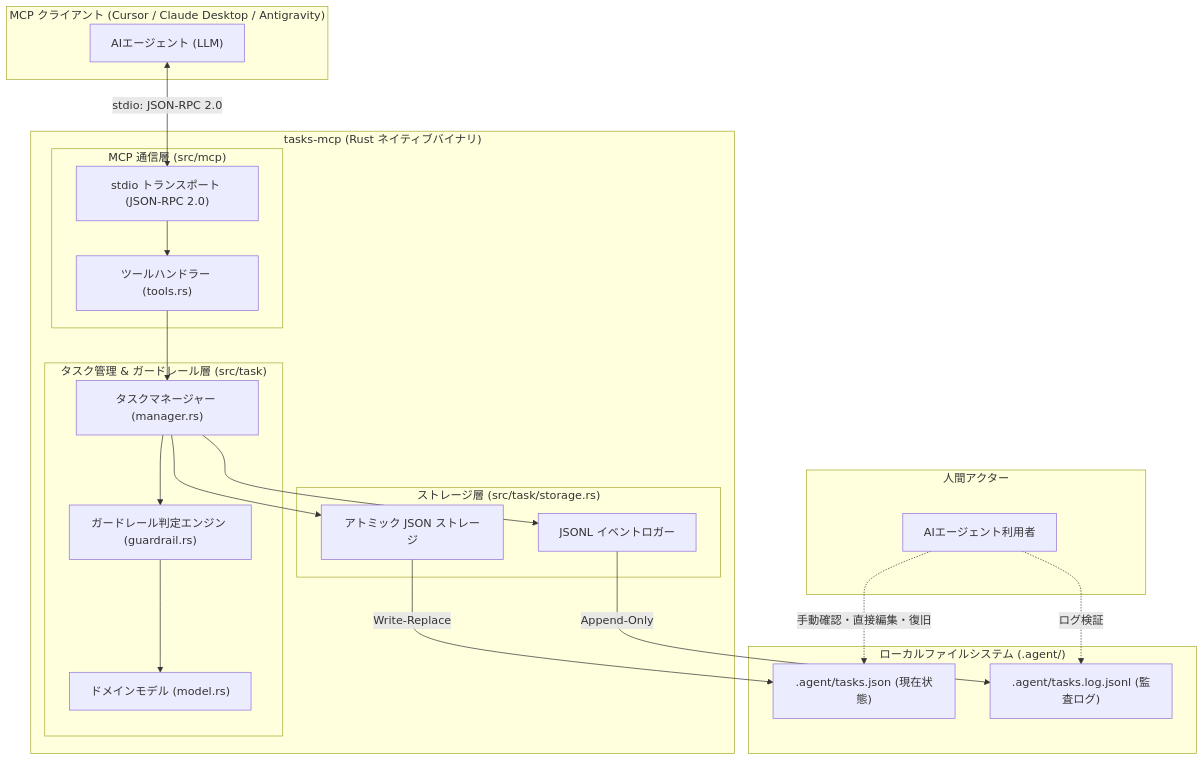
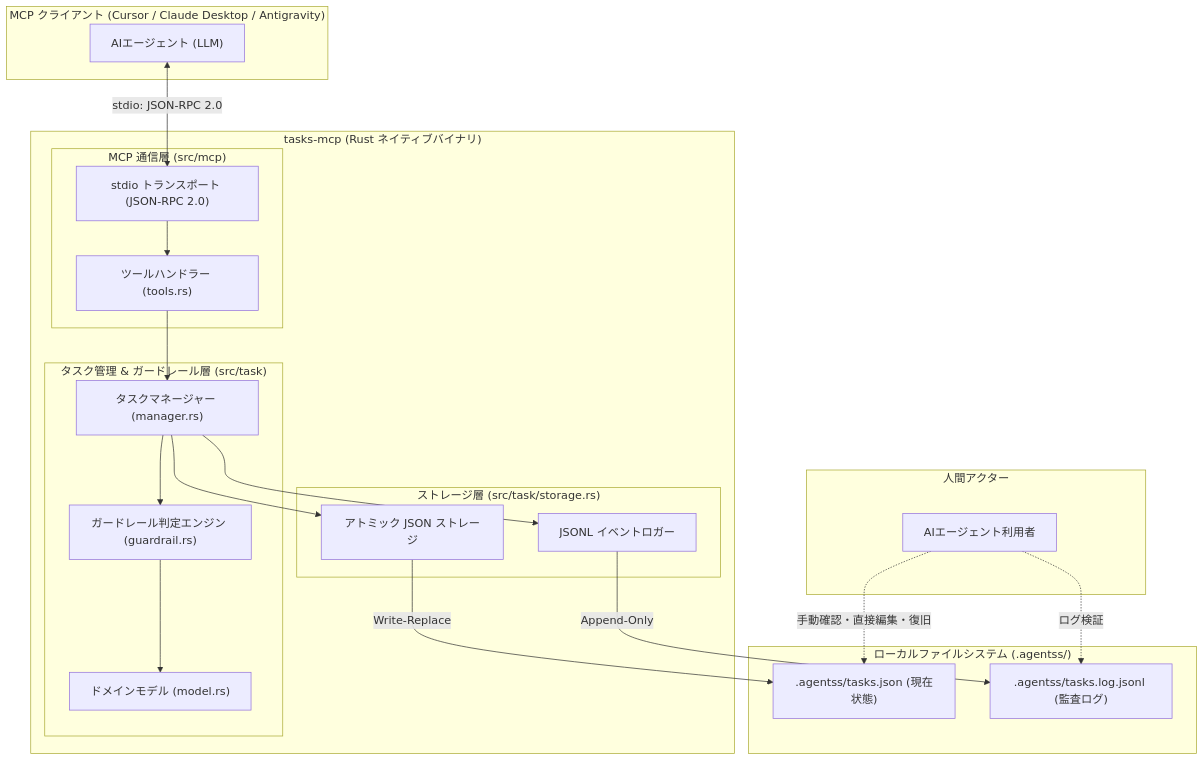
Before and after one commit to snaga/tasks-mcp: the first of 5 diagrams in doc/design.md, drawn with Mermaid. The commit also changed other lines of this file and 7 other files, not shown here.

````diff
--- a/doc/design.md
+++ b/doc/design.md
@@ -161,45 +161,45 @@
 ```mermaid
 graph TD
     subgraph Client["MCP クライアント (Cursor / Claude Desktop / Antigravity)"]
         Agent["AIエージェント (LLM)"]
     end
 
     subgraph Server["tasks-mcp (Rust ネイティブバイナリ)"]
         subgraph McpLayer["MCP 通信層 (src/mcp)"]
             StdioTransport["stdio トランスポート (JSON-RPC 2.0)"]
             ToolsDispatcher["ツールハンドラー (tools.rs)"]
         end
 
         subgraph DomainLayer["タスク管理 & ガードレール層 (src/task)"]
             TaskManager["タスクマネージャー (manager.rs)"]
             GuardrailEngine["ガードレール判定エンジン (guardrail.rs)"]
             TaskModels["ドメインモデル (model.rs)"]
         end
 
         subgraph StorageLayer["ストレージ層 (src/task/storage.rs)"]
             JsonStorage["アトミック JSON ストレージ"]
             JsonlLogger["JSONL イベントロガー"]
         end
     end
 
-    subgraph LocalFS["ローカルファイルシステム (.agent/)"]
-        TasksJson[".agent/tasks.json (現在状態)"]
-        TasksLog[".agent/tasks.log.jsonl (監査ログ)"]
+    subgraph LocalFS["ローカルファイルシステム (.agentss/)"]
+        TasksJson[".agentss/tasks.json (現在状態)"]
+        TasksLog[".agentss/tasks.log.jsonl (監査ログ)"]
     end
 
     subgraph Operator["人間アクター"]
         User["AIエージェント利用者"]
     end
 
     Agent <-->|stdio: JSON-RPC 2.0| StdioTransport
     StdioTransport --> ToolsDispatcher
     ToolsDispatcher --> TaskManager
     TaskManager --> GuardrailEngine
     GuardrailEngine --> TaskModels
     TaskManager --> JsonStorage
     TaskManager --> JsonlLogger
     JsonStorage -->|Write-Replace| TasksJson
     JsonlLogger -->|Append-Only| TasksLog
     User -.->|手動確認・直接編集・復旧| TasksJson
     User -.->|ログ検証| TasksLog
 ```
````
